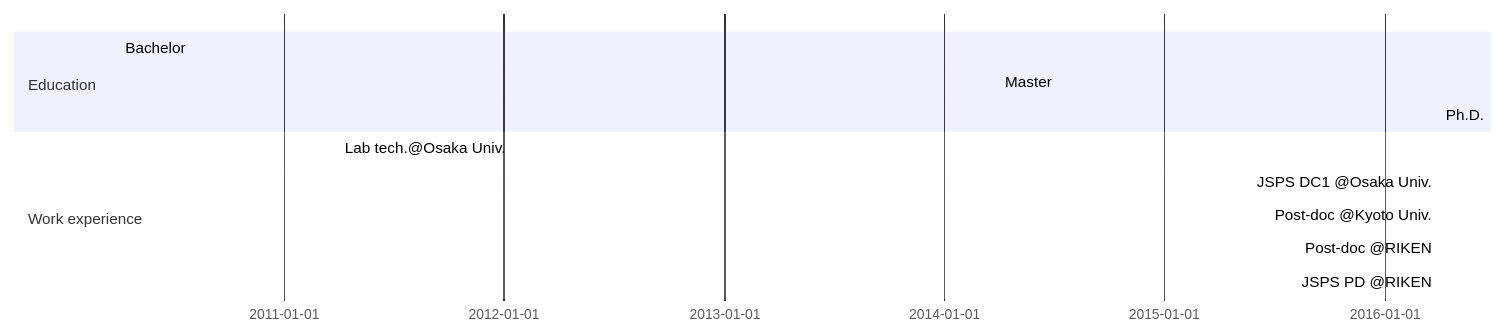
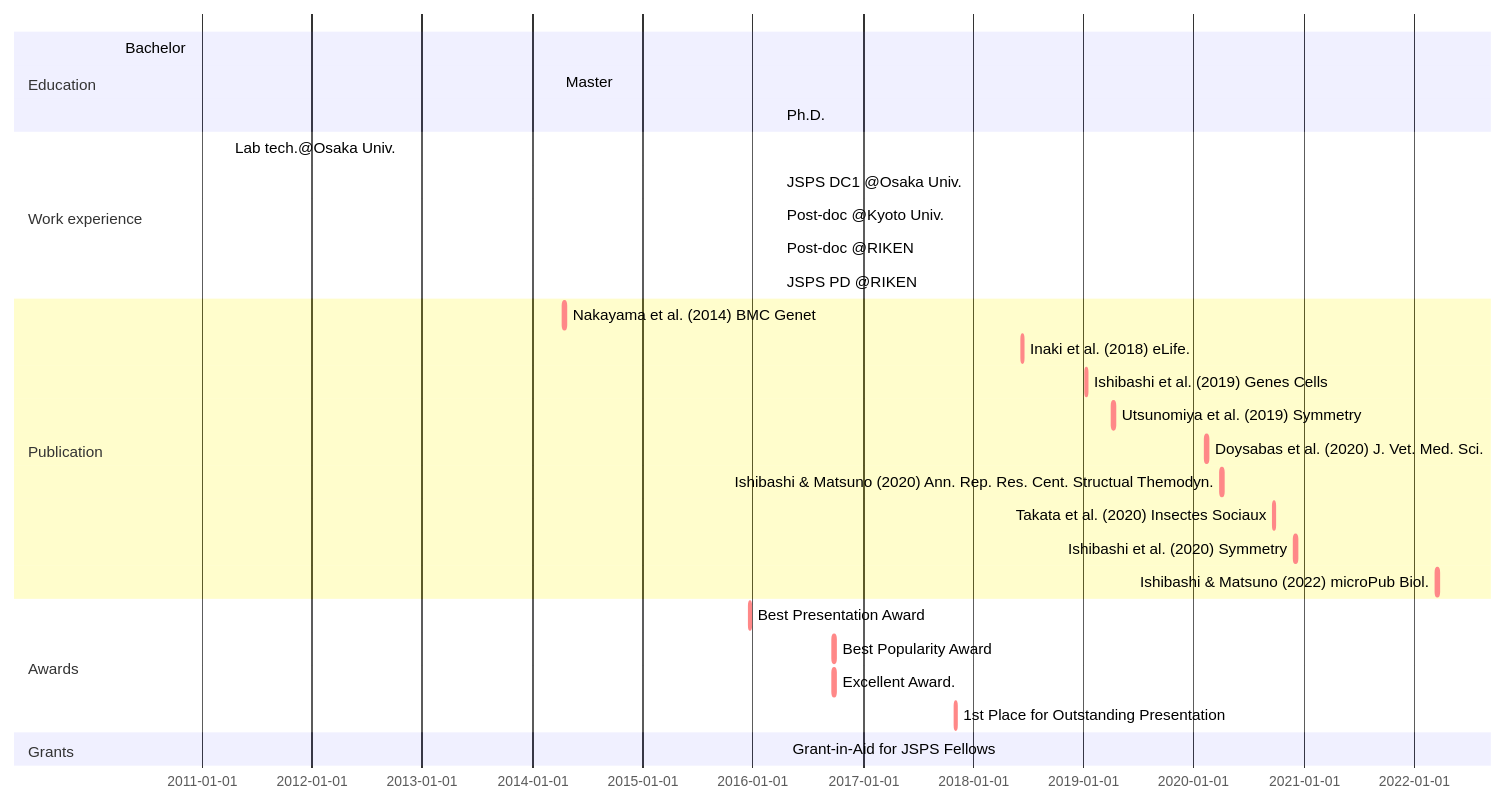
The diagram in _pages/cv.md (ishibaki/ishibaki.github.io), drawn with Mermaid before and after one commit.

````diff
--- a/_pages/cv.md
+++ b/_pages/cv.md
@@ -15,13 +15,30 @@
 ```mermaid
 gantt
 section Education
   Bachelor : BS, 2010-04-01, 2014-03-25
   Master   : MS, 2014-04-01, 2016-03-28
   Ph.D.    : Ph.D., 2016-04-01, 2019-03-25
 section Work experience
   Lab tech.@Osaka Univ.  : OU-tech, 2011-04-01, 2012-03-31
   JSPS DC1 @Osaka Univ.  : DC1, 2016-04-01, 2019-03-31
   Post-doc @Kyoto Univ.  : KU-postdoc, after DC1, 2021-04-30
   Post-doc @RIKEN        : RIKEN-postdoc, after KU-postdoc, 2022-03-31
   JSPS PD @RIKEN         : active, PD, after RIKEN-postdoc, 2025-03-31
+section Publication
+  Nakayama et al. (2014) BMC Genet          : crit, nakayama2014, 2014-04-16, 1w
+  Inaki et al. (2018) eLife.                : crit, inaki2018, 2018-06-12, 1w
+  Ishibashi et al. (2019) Genes Cells       : crit, ishibashi2019, 2019-01-09, 1w
+  Utsunomiya et al. (2019) Symmetry         : crit, utsunomiya2019, 2019-04-08, 1w
+  Doysabas et al. (2020) J. Vet. Med. Sci.  : crit, doysabas2020, 2020-02-12, 1w
+  Ishibashi & Matsuno (2020) Ann. Rep. Res. Cent. Structual Themodyn. :crit, ishibashi2020a, 2020-04-01, 1w
+  Takata et al. (2020) Insectes Sociaux     : crit, takata2020, 2020-09-22, 1w
+  Ishibashi et al. (2020) Symmetry          : crit, ishibashi2020b, 2020-12-02, 1w
+  Ishibashi & Matsuno (2022) microPub Biol. :crit, ishibashi2022, 2022-03-18, 1w
+section Awards
+  Best Presentation Award :crit, aw_1, 2015-12-20, 1w
+  Best Popularity Award   :crit, aw_2, 2016-09-25, 1w
+  Excellent Award.        :crit, aw_3, 2016-09-25, 1w
+  1st Place for Outstanding Presentation :crit, aw_4, 2017-11-01, 1w
+section Grants
+  Grant-in-Aid for JSPS Fellows : grant_DC1, 2016-04-22, 2019-03-31
 ```
````
